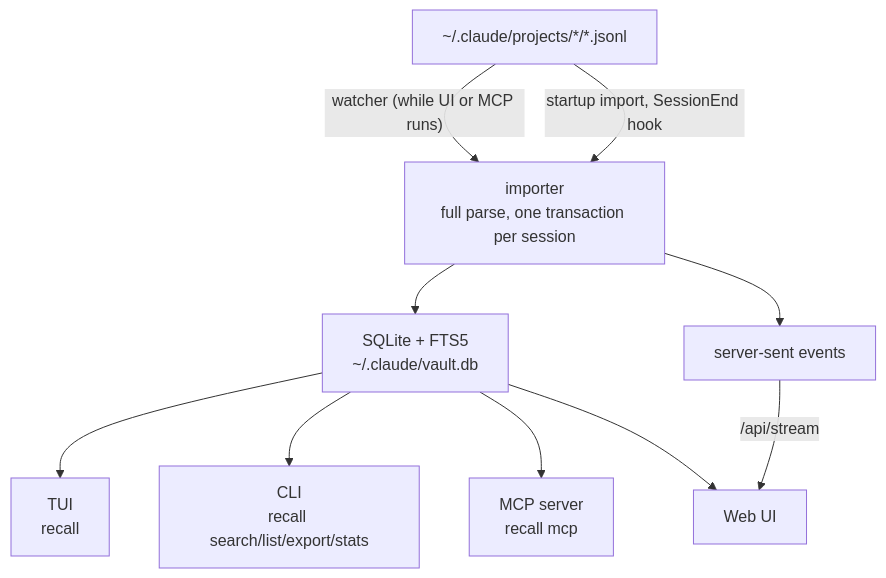
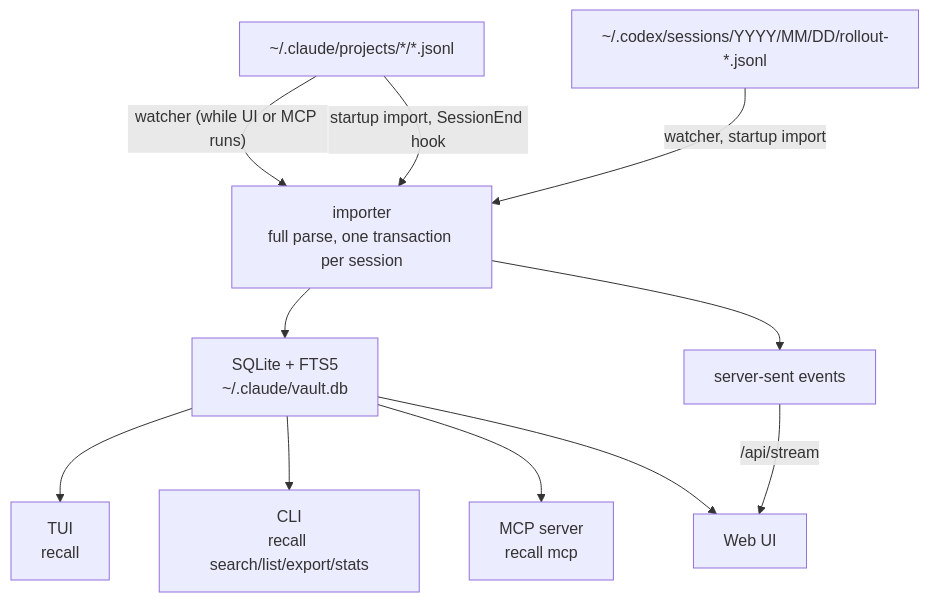
The diagram in docs/architecture.md (babarot/claude-recall), drawn with Mermaid before and after one commit. The commit also changed other lines of this file and 61 other files, not shown here.

First line of the commit message:
Archive Codex CLI sessions beside Claude Code's

````diff
--- a/docs/architecture.md
+++ b/docs/architecture.md
@@ -7,13 +9,15 @@
 ```mermaid
 flowchart TD
     JSONL["~/.claude/projects/*/*.jsonl"]
+    Rollouts["~/.codex/sessions/YYYY/MM/DD/rollout-*.jsonl"]
     JSONL -->|"watcher (while UI or MCP runs)"| Import["importer<br/>full parse, one transaction per session"]
     JSONL -->|"startup import, SessionEnd hook"| Import
+    Rollouts -->|"watcher, startup import"| Import
     Import --> DB["SQLite + FTS5<br/>~/.claude/vault.db"]
     Import --> SSE["server-sent events"]
     SSE -->|/api/stream| UI["Web UI"]
     DB --> TUI["TUI<br/>recall"]
     DB --> CLI["CLI<br/>recall search/list/export/stats"]
     DB --> MCP["MCP server<br/>recall mcp"]
     DB --> UI
 ```
````
